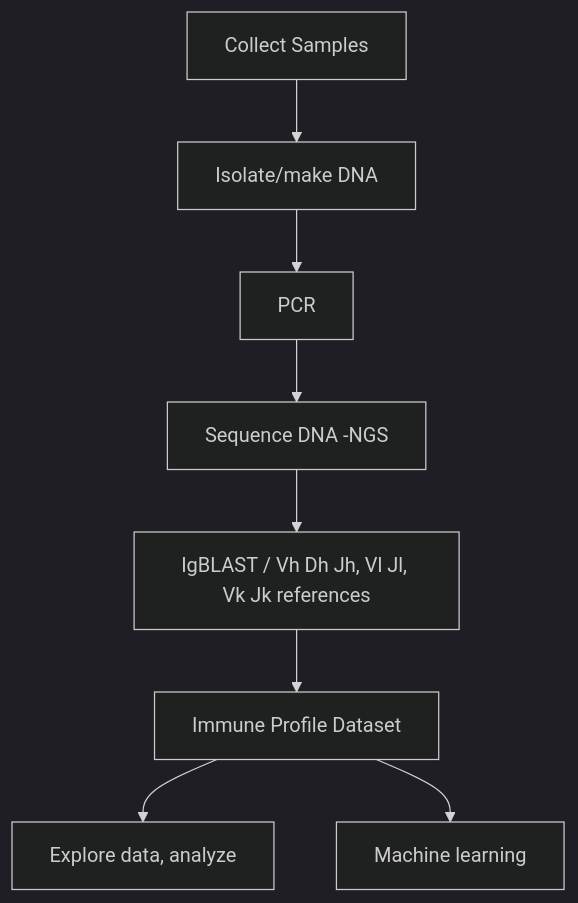
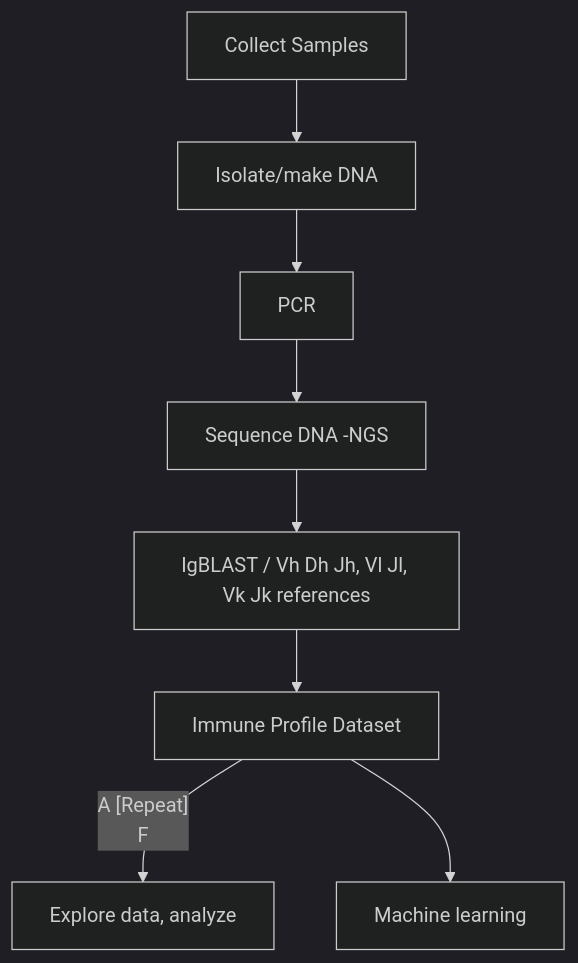
The second of 2 diagrams in README.md (NCBI-Codeathons/mlxai-2024-team-smith), drawn with Mermaid (dark theme) before and after one commit.

````diff
--- a/README.md
+++ b/README.md
@@ -56,6 +56,7 @@
 ```mermaid
     flowchart TD
     A[Collect Samples] --> B[Isolate/make DNA] --> C[PCR] --> D[Sequence DNA -NGS] --> E[IgBLAST / Vh Dh Jh, Vl Jl, Vk Jk references] --> F[Immune Profile Dataset];
+    F -- A [Repeat]
     F --> G[Explore data, analyze];
     F --> H[Machine learning]; 
 ```
````
